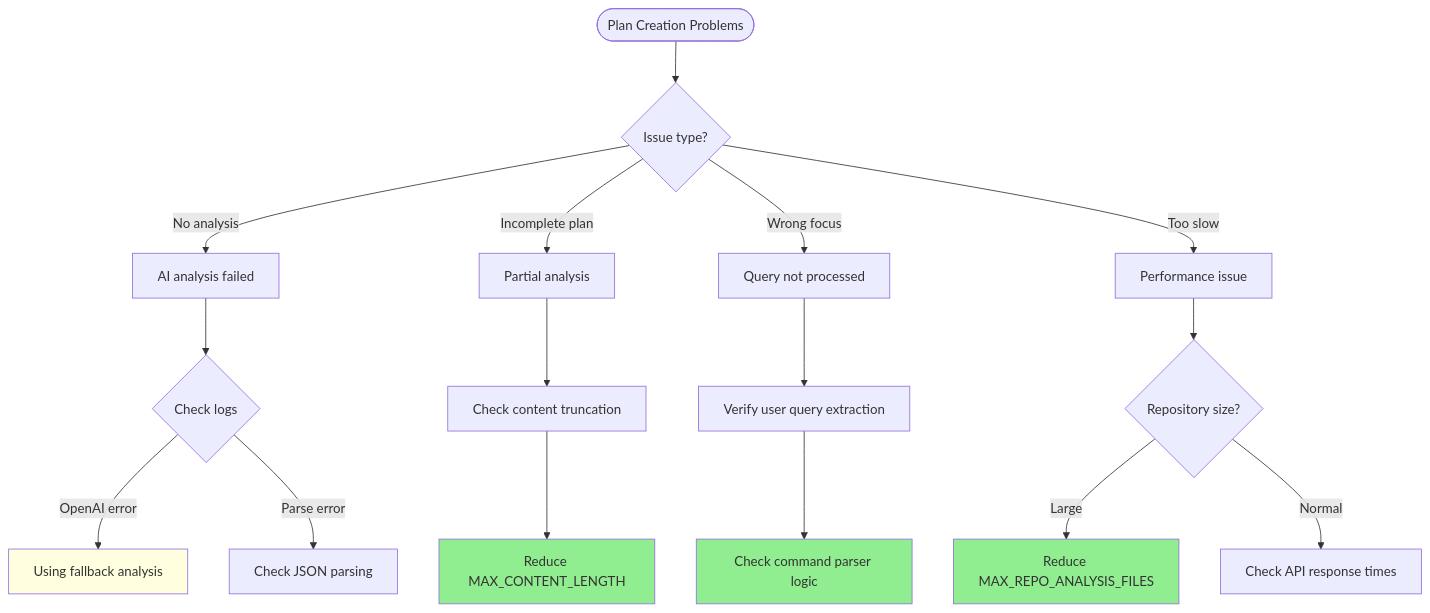
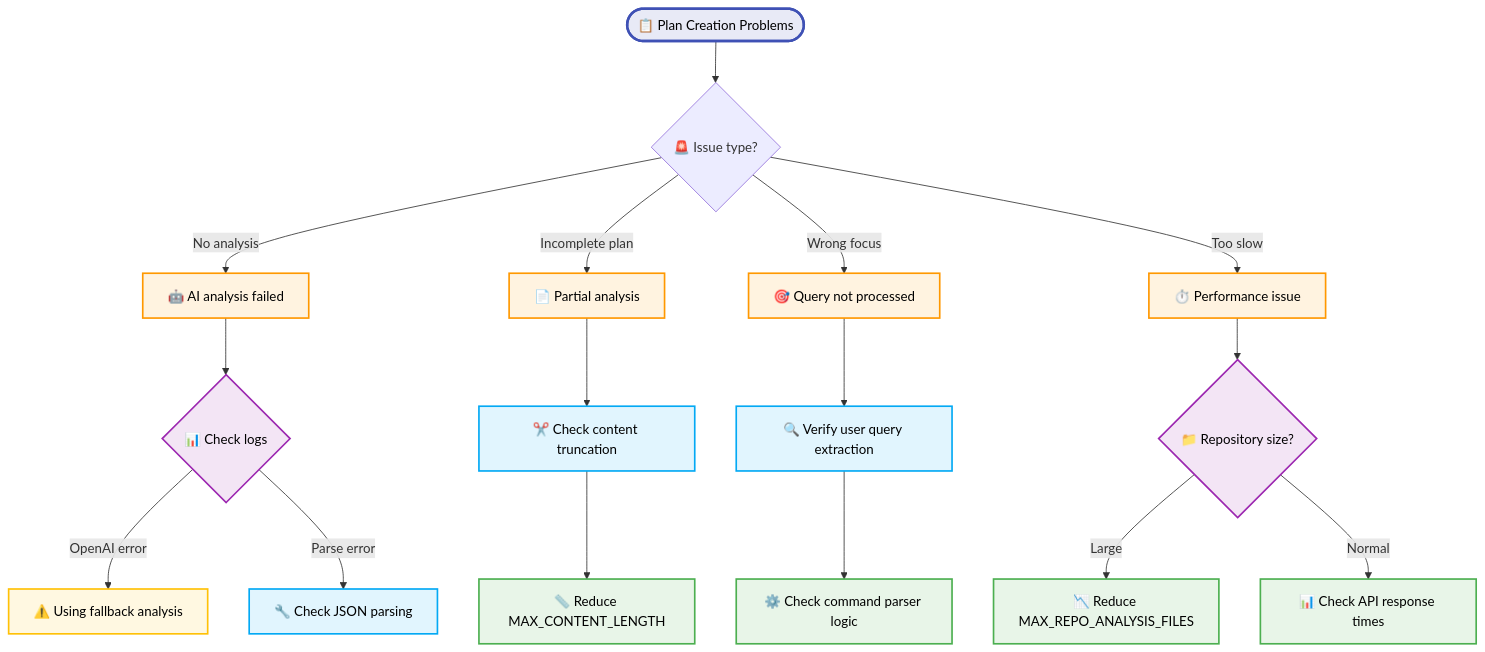
Before and after one commit to larp0/uwularpy: the seventh of 10 diagrams in AT_L_PLAN_TROUBLESHOOTING_FLOWCHART.md, drawn with Mermaid. The commit also changed other lines of this file and 1 other file, not shown here.

Commit message:
Improve mermaid diagrams with enhanced styling, icons, and visual hierarchy

````diff
--- a/AT_L_PLAN_TROUBLESHOOTING_FLOWCHART.md
+++ b/AT_L_PLAN_TROUBLESHOOTING_FLOWCHART.md
@@ -208,28 +269,38 @@
 ```mermaid
 flowchart TD
-    PlanFlow([Plan Creation Problems]) --> P1{Issue type?}
+    PlanFlow([📋 Plan Creation Problems]) --> P1{🚨 Issue type?}
     
-    P1 -->|No analysis| P2[AI analysis failed]
-    P1 -->|Incomplete plan| P3[Partial analysis]
-    P1 -->|Wrong focus| P4[Query not processed]
-    P1 -->|Too slow| P5[Performance issue]
+    P1 -->|No analysis| P2[🤖 AI analysis failed]
+    P1 -->|Incomplete plan| P3[📄 Partial analysis]
+    P1 -->|Wrong focus| P4[🎯 Query not processed]
+    P1 -->|Too slow| P5[⏱️ Performance issue]
     
-    P2 --> P2Check{Check logs}
-    P3 --> P3Fix[Check content truncation]
-    P4 --> P4Fix[Verify user query extraction]
-    P5 --> P5Check{Repository size?}
+    P2 --> P2Check{📊 Check logs}
+    P3 --> P3Fix[✂️ Check content truncation]
+    P4 --> P4Fix[🔍 Verify user query extraction]
+    P5 --> P5Check{📁 Repository size?}
     
-    P2Check -->|OpenAI error| P2Fix1[Using fallback analysis]
-    P2Check -->|Parse error| P2Fix2[Check JSON parsing]
+    P2Check -->|OpenAI error| P2Fix1[⚠️ Using fallback analysis]
+    P2Check -->|Parse error| P2Fix2[🔧 Check JSON parsing]
     
-    P3Fix --> P3Solution[Reduce MAX_CONTENT_LENGTH]
-    P4Fix --> P4Solution[Check command parser logic]
+    P3Fix --> P3Solution[📏 Reduce MAX_CONTENT_LENGTH]
+    P4Fix --> P4Solution[⚙️ Check command parser logic]
     
-    P5Check -->|Large| P5Fix1[Reduce MAX_REPO_ANALYSIS_FILES]
-    P5Check -->|Normal| P5Fix2[Check API response times]
+    P5Check -->|Large| P5Fix1[📉 Reduce MAX_REPO_ANALYSIS_FILES]
+    P5Check -->|Normal| P5Fix2[📊 Check API response times]
     
-    style P2Fix1 fill:#FFFFE0
-    style P3Solution fill:#90EE90
-    style P4Solution fill:#90EE90
-    style P5Fix1 fill:#90EE90
+    %% Enhanced styling for plan creation issues
+    classDef startNode fill:#e8eaf6,stroke:#3f51b5,stroke-width:3px,color:#000
+    classDef issueNode fill:#fff3e0,stroke:#ff9800,stroke-width:2px,color:#000
+    classDef fixNode fill:#e8f5e8,stroke:#4caf50,stroke-width:2px,color:#000
+    classDef checkNode fill:#f3e5f5,stroke:#9c27b0,stroke-width:2px,color:#000
+    classDef warningNode fill:#fff8e1,stroke:#ffc107,stroke-width:2px,color:#000
+    classDef configNode fill:#e1f5fe,stroke:#03a9f4,stroke-width:2px,color:#000
+    
+    class PlanFlow startNode
+    class P2,P3,P4,P5 issueNode
+    class P3Solution,P4Solution,P5Fix1,P5Fix2 fixNode
+    class P2Check,P5Check checkNode
+    class P2Fix1 warningNode
+    class P3Fix,P4Fix,P2Fix2 configNode
 ```
````
